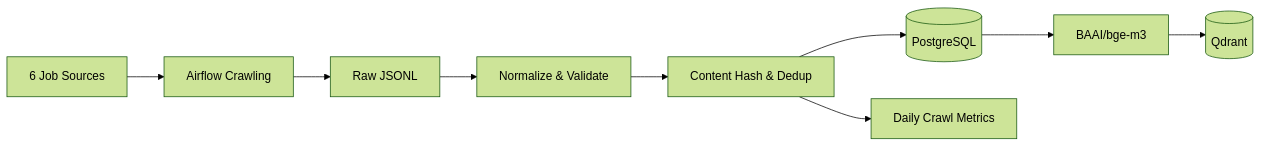
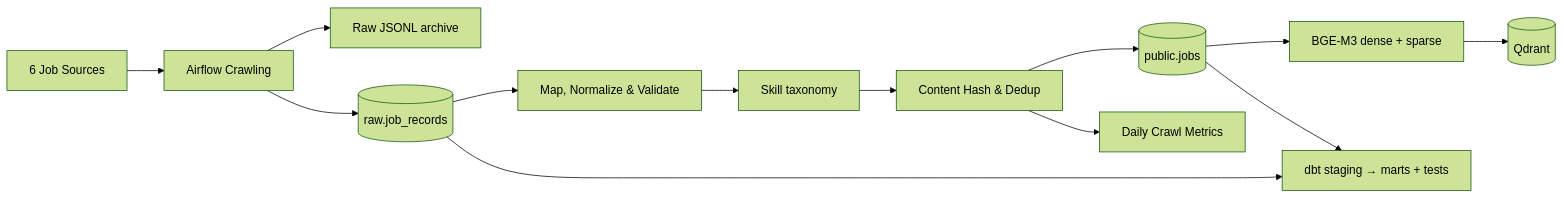
Before and after one commit to coderiukl/multi-agent-job-assistant: the third of 3 diagrams in README.md, drawn with Mermaid (forest theme). The commit also changed other lines of this file and 53 other files, not shown here.

First line of the commit message:
feat(data): add hybrid search, raw job records, skill taxonomy and dbt analytics

````diff
--- a/README.md
+++ b/README.md
@@ -208,11 +219,15 @@
 ```mermaid
 flowchart LR
     Sources["6 Job Sources"] --> Crawl["Airflow Crawling"]
-    Crawl --> Raw["Raw JSONL"]
-    Raw --> Normalize["Normalize & Validate"]
-    Normalize --> Dedup["Content Hash & Dedup"]
-    Dedup --> DB[("PostgreSQL")]
-    DB --> Embed["BAAI/bge-m3"]
+    Crawl --> RawFile["Raw JSONL archive"]
+    Crawl --> RawDB[("raw.job_records")]
+    RawDB --> Normalize["Map, Normalize & Validate"]
+    Normalize --> Skills["Skill taxonomy"]
+    Skills --> Dedup["Content Hash & Dedup"]
+    Dedup --> DB[("public.jobs")]
+    DB --> Embed["BGE-M3 dense + sparse"]
     Embed --> Qdrant[("Qdrant")]
+    DB --> DBT["dbt staging → marts + tests"]
+    RawDB --> DBT
     Dedup --> Metrics["Daily Crawl Metrics"]
 ```
````
